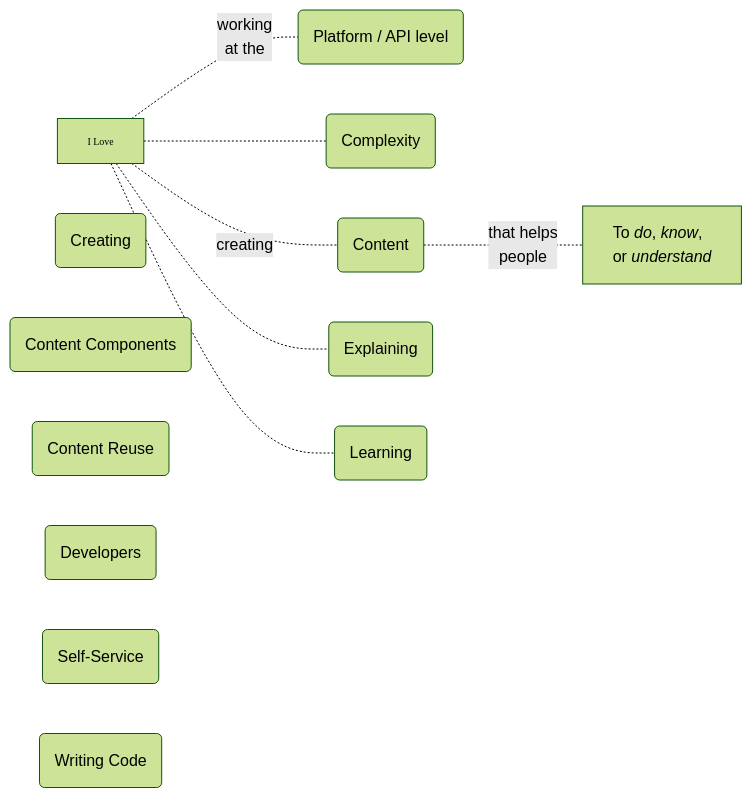
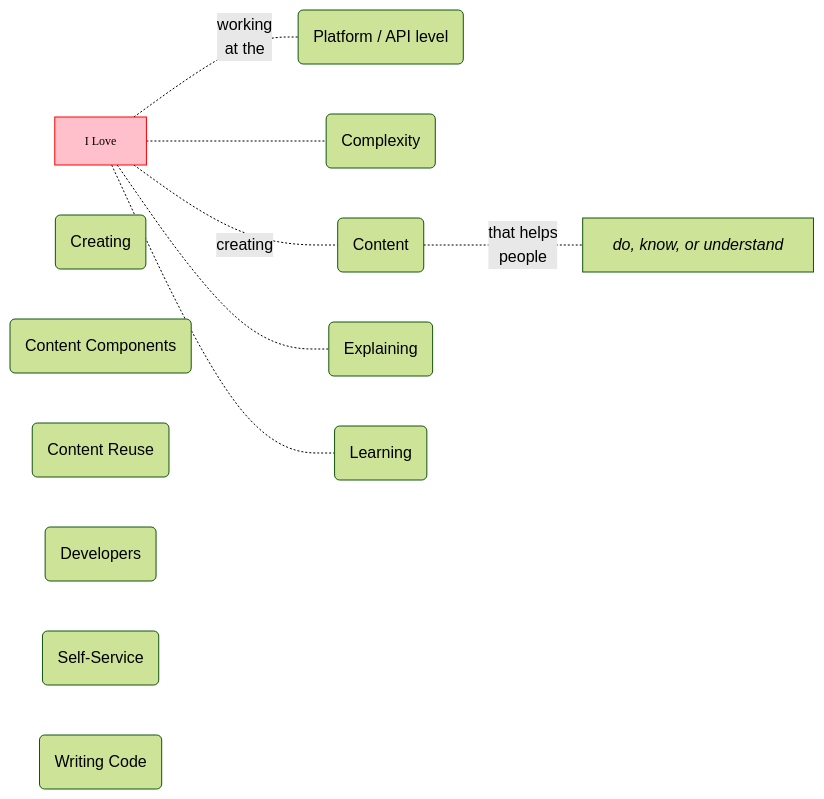
The diagram in overview.md (joe-dorward/samples), drawn with Mermaid before and after one commit.

````diff
--- a/overview.md
+++ b/overview.md
@@ -1,39 +1,41 @@
 ```mermaid
-  %%{init: { "theme":"forest"} }%%
-
-
+%%{init: { "theme":"forest"} }%%
 flowchart LR
   classDef Compact font-family:verdana, font-size:7.5pt, text-align:left;
-I_LOVE["I Love"]:::Compact
+  classDef Variables fill:white, stroke:white, font-family:courier new, font-size:10pt;
+  classDef Object fill:white, stroke:white, font-family:verdana, font-size:9pt;
+
+  classDef Start fill:pink, stroke:red, font-family:verdana, font-size:9pt;
+
+I_LOVE["I Love"]:::Start
 
 PLATFORM_API("Platform / API level")
 
 COMPLEXITY("Complexity")
 CREATING("Creating")
 CONTENT("Content")
 CONTENT_COMPONENTS("Content Components")
 CONTENT_REUSE("Content Reuse")
 
 DEVELOPERS("Developers")
 EXPLAINING("Explaining")
 LEARNING("Learning")
 SELF_SERVICE("Self-Service")
 
-DO_KNOW_UNDERSTAND["`To *do*, *know*,
-or *understand*`"]
+DO_KNOW_UNDERSTAND["`*do, know, or understand*`"]
 style DO_KNOW_UNDERSTAND text-align:left
 
 WRITING_CODE("Writing Code")
 
 %% CONNECTIONS
 
 I_LOVE-."working
 at the".-PLATFORM_API
 
 I_LOVE-.-COMPLEXITY
 I_LOVE-.-LEARNING
 I_LOVE-.-EXPLAINING
 
 I_LOVE-.creating.-CONTENT-."that helps
 people".-DO_KNOW_UNDERSTAND
 ```
````
